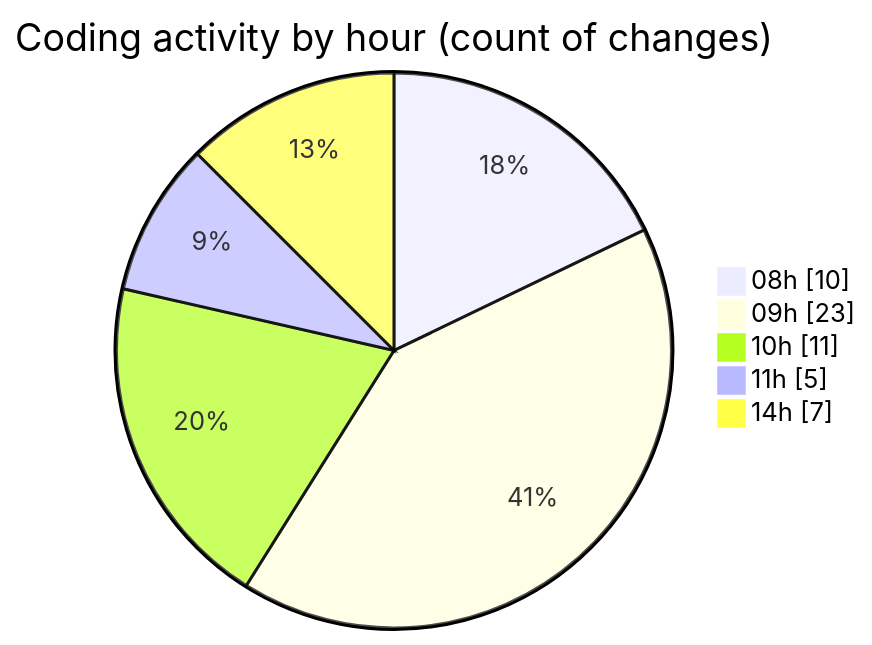
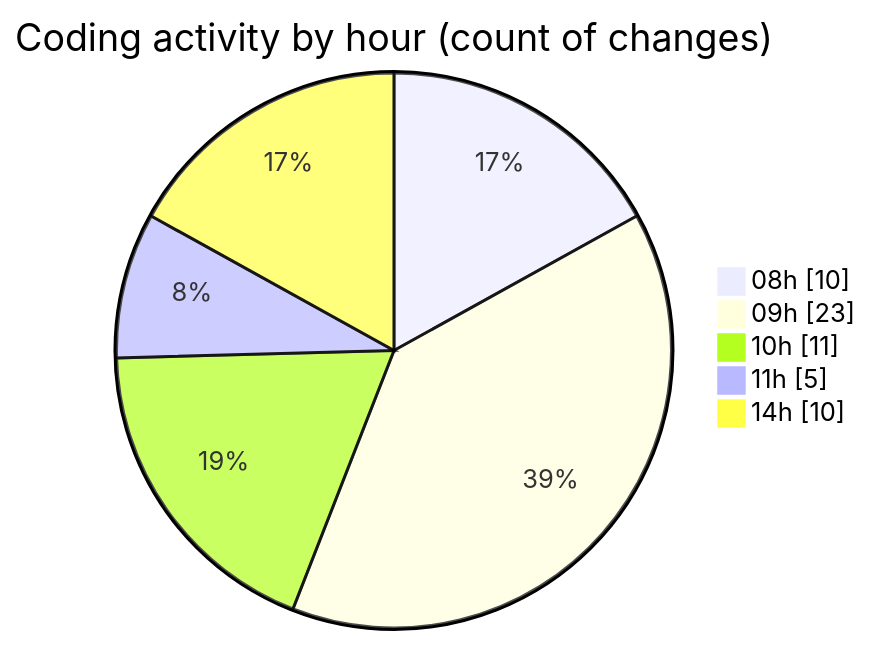
The second of 2 diagrams in 2025-01-07/nueva_carpeta/README.md (LanceThiago/code-tracking), drawn with Mermaid before and after one commit. The commit also changed other lines of this file and 1 other file, not shown here.

````diff
--- a/2025-01-07/nueva_carpeta/README.md
+++ b/2025-01-07/nueva_carpeta/README.md
@@ -28,9 +28,9 @@
 ```mermaid
 pie showData
 title Coding activity by hour (count of changes)
 "08h" : 10
 "09h" : 23
 "10h" : 11
 "11h" : 5
-"14h" : 7
+"14h" : 10
 ```
````
